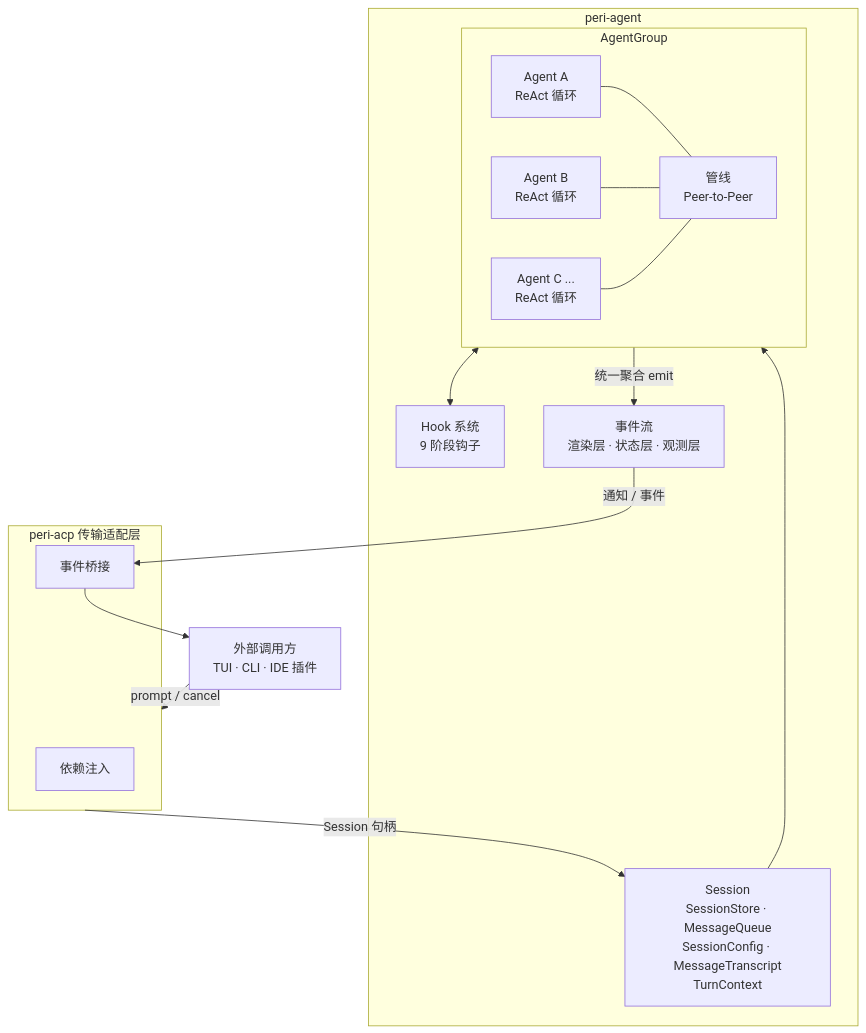
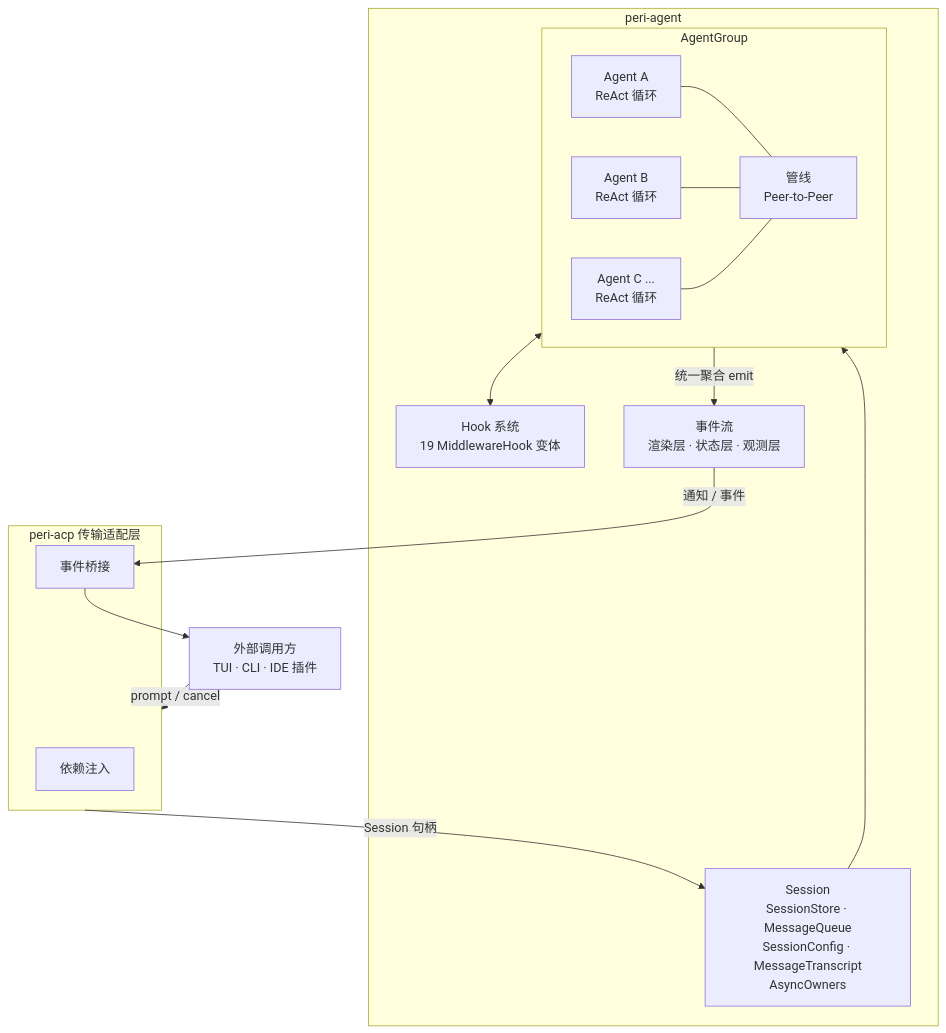
One commit to KonghaYao/peri changed the diagram in docs/design/peri-agent-v2.md. Above: the diagram before and after it, drawn with Mermaid. The commit also changed other lines of this file and 22 other files, not shown here.

````diff
--- a/docs/design/peri-agent-v2.md
+++ b/docs/design/peri-agent-v2.md
@@ -19,35 +19,35 @@
 ```mermaid
 graph TB
     EXT["外部调用方<br/>TUI · CLI · IDE 插件"]
 
     EXT -->|"prompt / cancel"| ACP
 
     subgraph ACP["peri-acp 传输适配层"]
         INJECT["依赖注入"]
         BRIDGE["事件桥接"]
     end
 
     ACP -->|"Session 句柄"| S
 
     subgraph PA["peri-agent"]
-        S["Session<br/>SessionStore · MessageQueue<br/>SessionConfig · MessageTranscript<br/>TurnContext"]
+        S["Session<br/>SessionStore · MessageQueue<br/>SessionConfig · MessageTranscript<br/>AsyncOwners"]
 
         S --> AG
 
         subgraph AG["AgentGroup"]
             direction LR
             A["Agent A<br/>ReAct 循环"] --- PIPE["管线<br/>Peer-to-Peer"]
             B["Agent B<br/>ReAct 循环"] --- PIPE
             C["Agent C ...<br/>ReAct 循环"] --- PIPE
         end
 
-        HOOK["Hook 系统<br/>9 阶段钩子"]
+        HOOK["Hook 系统<br/>19 MiddlewareHook 变体"]
         AG <--> HOOK
 
         EVT["事件流<br/>渲染层 · 状态层 · 观测层"]
         AG -->|"统一聚合 emit"| EVT
     end
 
     EVT -->|"通知 / 事件"| BRIDGE
     BRIDGE --> EXT
 ```
````
